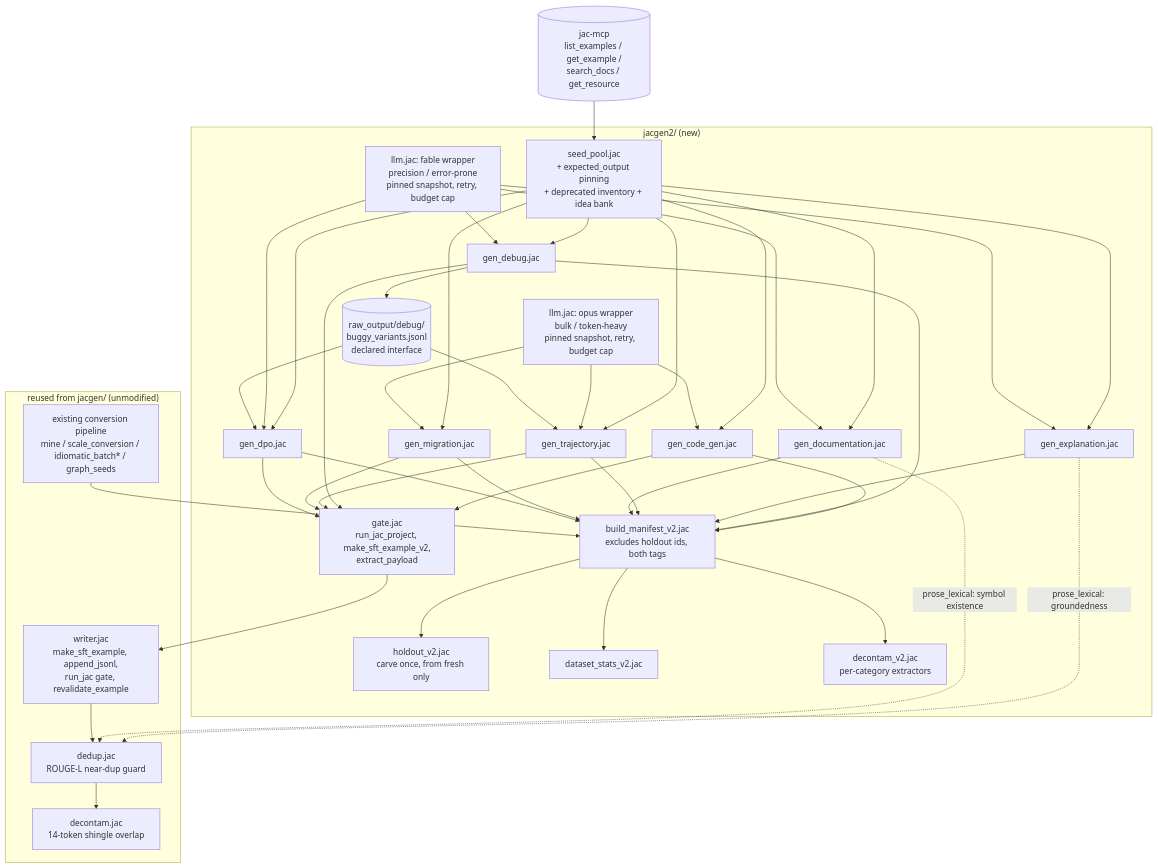
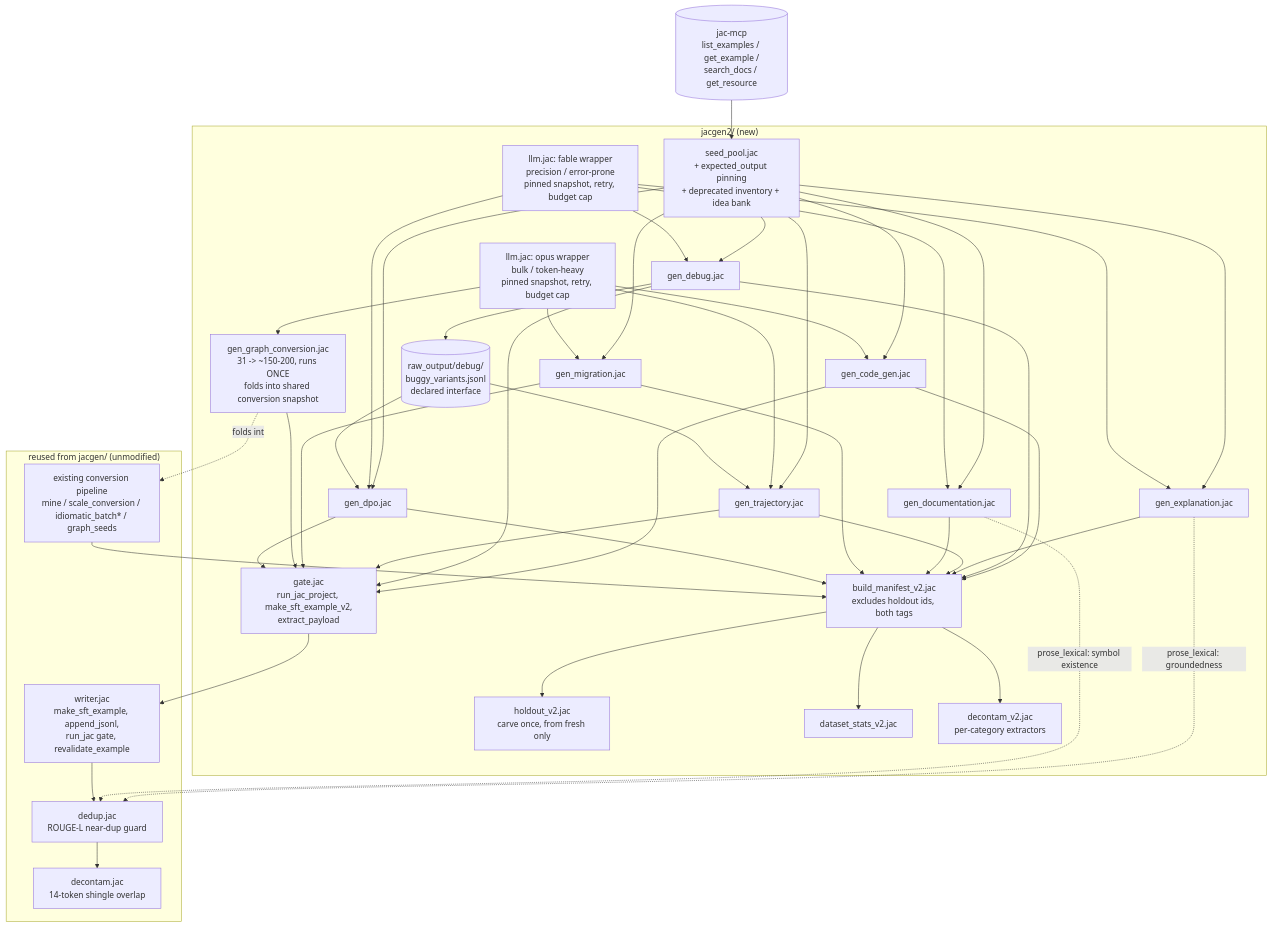
One commit to jaseci-labs/Jac_Model_Experiments changed the first of 3 diagrams in 04-cpt-sft/docs/datagen/workflow.md. Above: the diagram before and after it, drawn with Mermaid. The commit also changed other lines of this file and 2 other files, not shown here.

First line of the commit message:
docs: 04-cpt-sft — scale python_to_jac_graph tier 31 -> ~150-200

````diff
--- a/04-cpt-sft/docs/datagen/workflow.md
+++ b/04-cpt-sft/docs/datagen/workflow.md
@@ -9,75 +9,80 @@
 ```mermaid
 flowchart TD
     subgraph reused["reused from jacgen/ (unmodified)"]
         writer[writer.jac<br/>make_sft_example, append_jsonl,<br/>run_jac gate, revalidate_example]
         dedup[dedup.jac<br/>ROUGE-L near-dup guard]
         decontam[decontam.jac<br/>14-token shingle overlap]
         convpipe[existing conversion pipeline<br/>mine / scale_conversion / idiomatic_batch* / graph_seeds]
     end
 
     subgraph new["jacgen2/ (new)"]
         seedpool[seed_pool.jac<br/>+ expected_output pinning<br/>+ deprecated inventory + idea bank]
         llmopus[llm.jac: opus wrapper<br/>bulk / token-heavy<br/>pinned snapshot, retry, budget cap]
         llmfable[llm.jac: fable wrapper<br/>precision / error-prone<br/>pinned snapshot, retry, budget cap]
         gatejac[gate.jac<br/>run_jac_project, make_sft_example_v2,<br/>extract_payload]
         gencg[gen_code_gen.jac]
         gendbg[gen_debug.jac]
         buggy[(raw_output/debug/<br/>buggy_variants.jsonl<br/>declared interface)]
         genexp[gen_explanation.jac]
         gentraj[gen_trajectory.jac]
         gendoc[gen_documentation.jac]
         genmig[gen_migration.jac]
+        gengraph[gen_graph_conversion.jac<br/>31 -> ~150-200, runs ONCE<br/>folds into shared conversion snapshot]
         gendpo[gen_dpo.jac]
         holdv2[holdout_v2.jac<br/>carve once, from fresh only]
         manifest[build_manifest_v2.jac<br/>excludes holdout ids, both tags]
         stats[dataset_stats_v2.jac]
         decontamv2[decontam_v2.jac<br/>per-category extractors]
     end
 
     mcp[(jac-mcp<br/>list_examples / get_example /<br/>search_docs / get_resource)]
 
     mcp --> seedpool
     seedpool --> gencg
     seedpool --> gendbg
     seedpool --> genexp
     seedpool --> gentraj
     seedpool --> gendoc
     seedpool --> genmig
     seedpool --> gendpo
 
     llmopus --> gencg
     llmopus --> gentraj
     llmopus --> genmig
+    llmopus --> gengraph
     llmfable --> gendbg
     llmfable --> genexp
     llmfable --> gendoc
     llmfable --> gendpo
 
     gendbg --> buggy
     buggy --> gendpo
     buggy --> gentraj
 
     gencg --> gatejac
     gendbg --> gatejac
     gentraj --> gatejac
     genmig --> gatejac
+    gengraph --> gatejac
     gendpo --> gatejac
     gatejac --> writer
     genexp -.prose_lexical: groundedness.-> dedup
     gendoc -.prose_lexical: symbol existence.-> dedup
 
     writer --> dedup --> decontam
+
+    gengraph -.folds into.-> convpipe
 
     gencg --> manifest
     gendbg --> manifest
     genexp --> manifest
     gentraj --> manifest
     gendoc --> manifest
     genmig --> manifest
     convpipe --> manifest
     gendpo --> manifest
 
     manifest --> holdv2
     manifest --> stats
     manifest --> decontamv2
 ```
````
